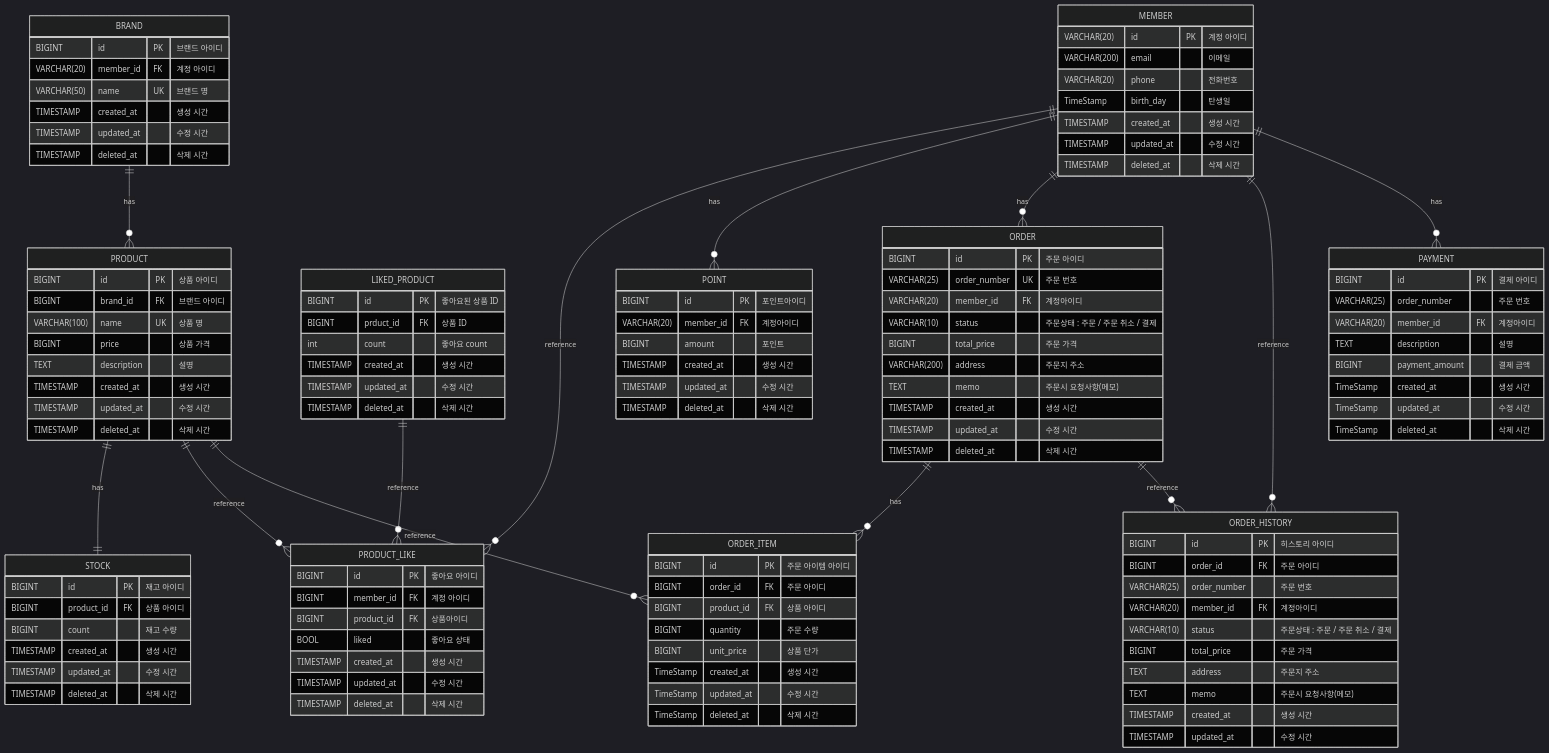
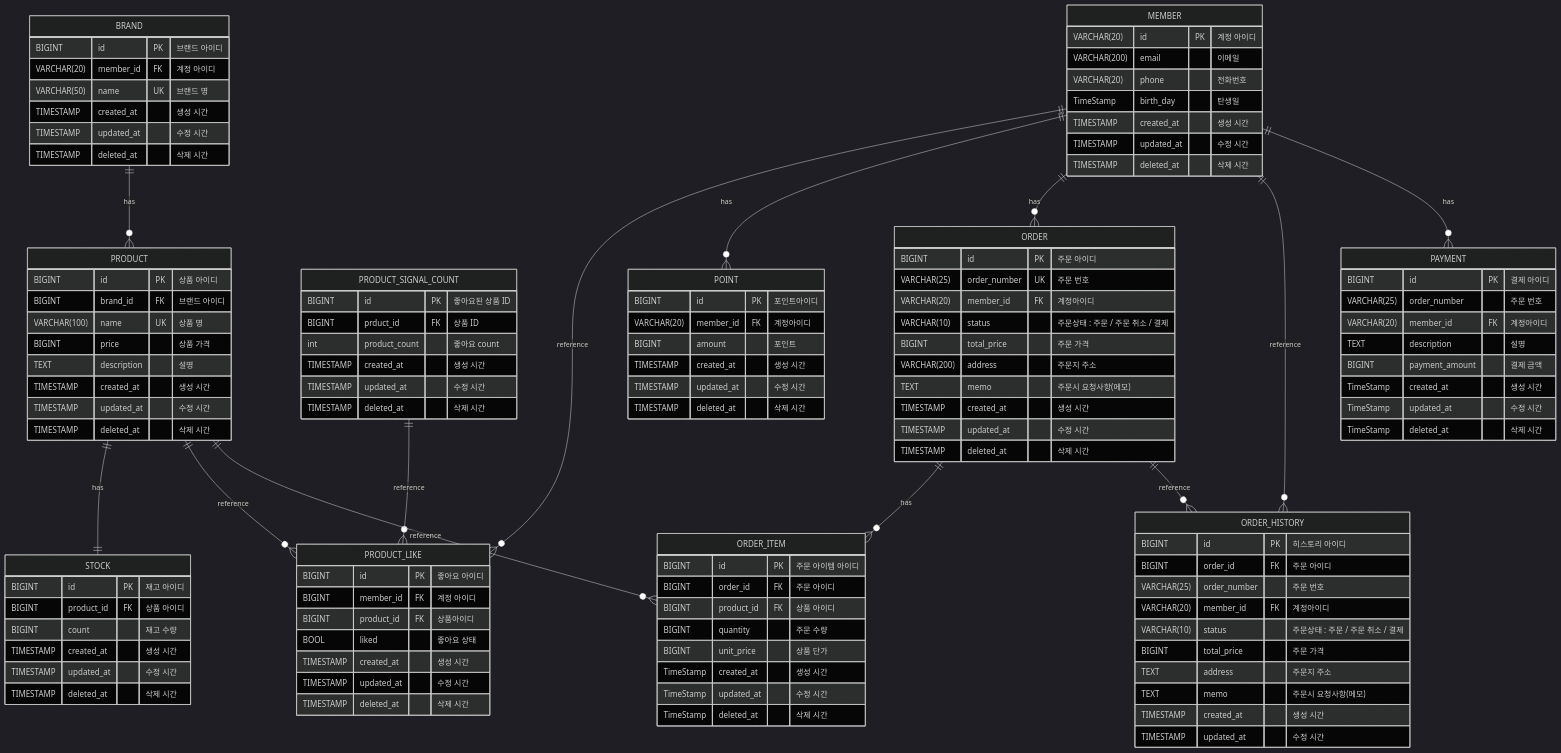
Before and after one commit to Loopers-Team-6/younghun: the diagram in apps/commerce-api/docs/desigin/04-erd.md, drawn with Mermaid (dark theme). The commit also changed 12 other files, not shown here.

Commit message:
refactor: 클래스명 변경 LikedProduct -> ProductSignalCount

```diff
--- a/apps/commerce-api/docs/desigin/04-erd.md
+++ b/apps/commerce-api/docs/desigin/04-erd.md
@@ -49,10 +49,10 @@
 }
 
 %%좋아요된 상품
-LIKED_PRODUCT { 
+PRODUCT_SIGNAL_COUNT { 
  BIGINT id PK "좋아요된 상품 ID"
  BIGINT prduct_id FK "상품 ID"
- int count "좋아요 count"
+ int product_count "좋아요 count"
  TIMESTAMP created_at "생성 시간"
  TIMESTAMP updated_at "수정 시간"
  TIMESTAMP deleted_at "삭제 시간"
@@ -147,7 +147,7 @@
 PRODUCT || -- o{PRODUCT_LIKE  : reference
 MEMBER || -- o{PRODUCT_LIKE : reference
 
-LIKED_PRODUCT || -- o{PRODUCT_LIKE : reference
+PRODUCT_SIGNAL_COUNT || -- o{PRODUCT_LIKE : reference
 
 MEMBER || -- o{ POINT : has
 
```
